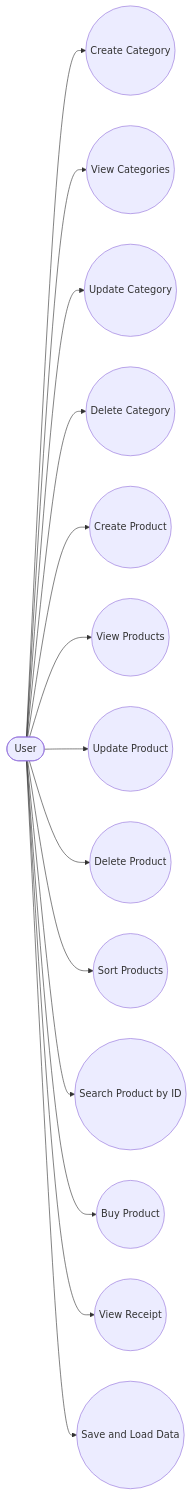
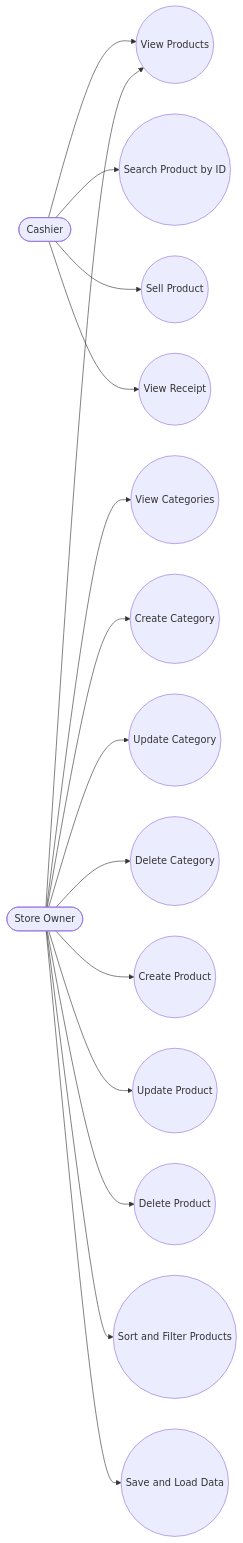
One commit to mikhail2574/sdt-101-final changed the first of 2 diagrams in README.md. Above: the diagram before and after it, drawn with Mermaid. The commit also changed 1 other file, not shown here.

Commit message:
refactor: update UML use case diagram and remove obsolete product from database

````diff
--- a/README.md
+++ b/README.md
@@ -49,32 +49,35 @@
 ```mermaid
 flowchart LR
-    User([User])
+    Cashier([Cashier])
+    Owner([Store Owner])
 
-    UC1((Create Category))
-    UC2((View Categories))
-    UC3((Update Category))
-    UC4((Delete Category))
-    UC5((Create Product))
-    UC6((View Products))
-    UC7((Update Product))
-    UC8((Delete Product))
-    UC9((Sort Products))
-    UC10((Search Product by ID))
-    UC11((Buy Product))
-    UC12((View Receipt))
+    UC1((View Products))
+    UC2((Search Product by ID))
+    UC3((Sell Product))
+    UC4((View Receipt))
+    UC5((View Categories))
+    UC6((Create Category))
+    UC7((Update Category))
+    UC8((Delete Category))
+    UC9((Create Product))
+    UC10((Update Product))
+    UC11((Delete Product))
+    UC12((Sort and Filter Products))
     UC13((Save and Load Data))
 
-    User --> UC1
-    User --> UC2
-    User --> UC3
-    User --> UC4
-    User --> UC5
-    User --> UC6
-    User --> UC7
-    User --> UC8
-    User --> UC9
-    User --> UC10
-    User --> UC11
-    User --> UC12
-    User --> UC13
+    Cashier --> UC1
+    Cashier --> UC2
+    Cashier --> UC3
+    Cashier --> UC4
+
+    Owner --> UC1
+    Owner --> UC5
+    Owner --> UC6
+    Owner --> UC7
+    Owner --> UC8
+    Owner --> UC9
+    Owner --> UC10
+    Owner --> UC11
+    Owner --> UC12
+    Owner --> UC13
 ```
````
